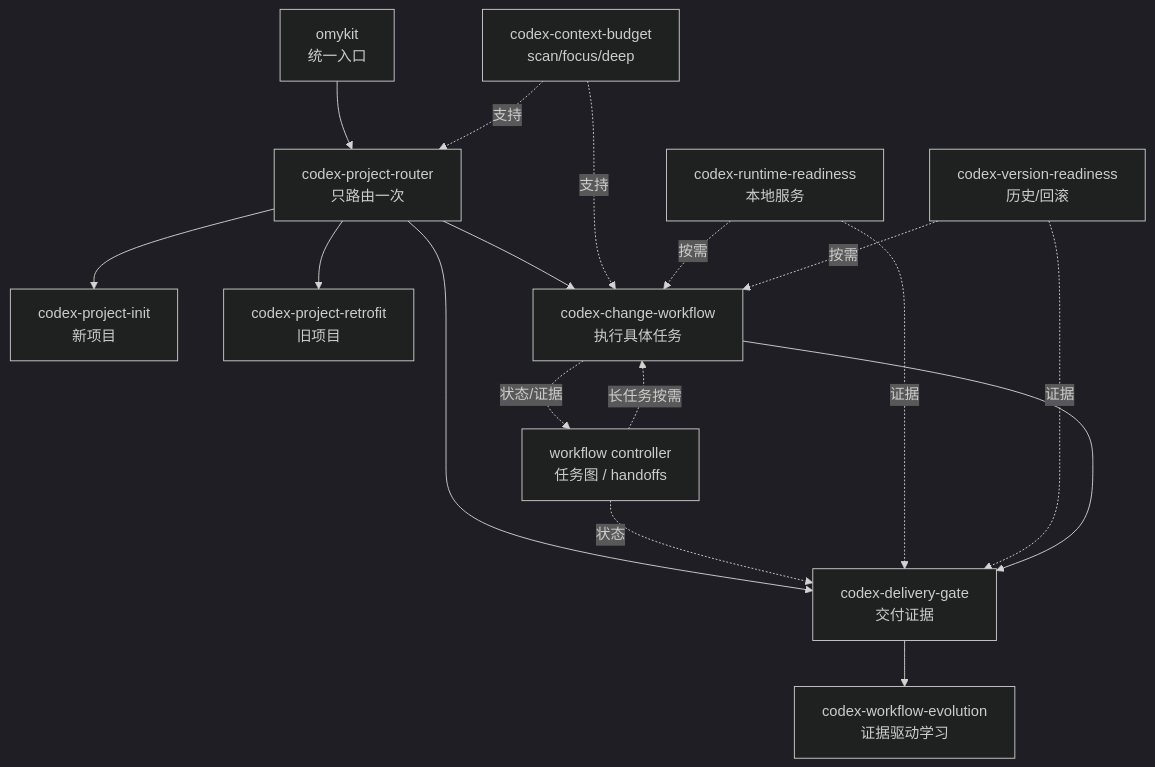
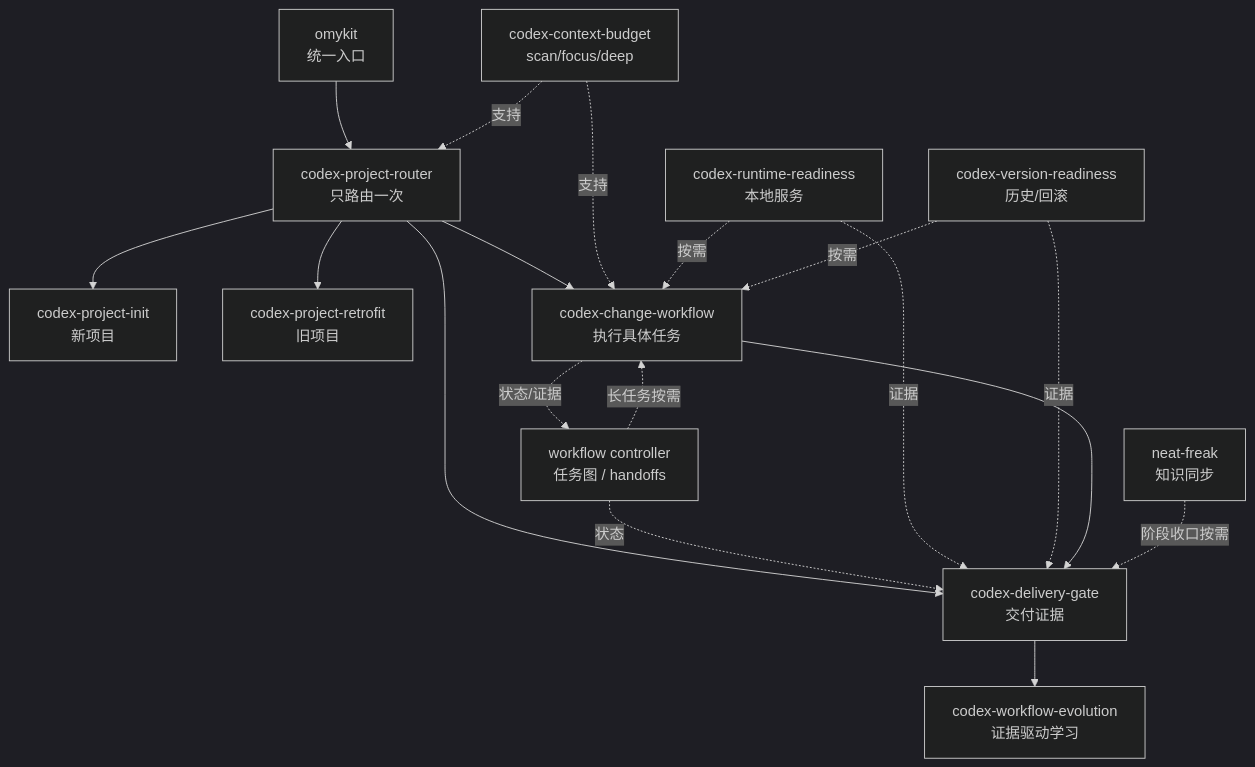
The diagram in docs/workflow/skill-coordination.zh-CN.md (GnosiST/omyKit), drawn with Mermaid (dark theme) before and after one commit. The commit also changed other lines of this file and 28 other files, not shown here.

````diff
--- a/docs/workflow/skill-coordination.zh-CN.md
+++ b/docs/workflow/skill-coordination.zh-CN.md
@@ -17,19 +17,20 @@
 ```mermaid
 flowchart TD
     O["omykit<br/>统一入口"] --> R["codex-project-router<br/>只路由一次"]
     R --> I["codex-project-init<br/>新项目"]
     R --> F["codex-project-retrofit<br/>旧项目"]
     R --> C["codex-change-workflow<br/>执行具体任务"]
     R --> D["codex-delivery-gate<br/>交付证据"]
     B["codex-context-budget<br/>scan/focus/deep"] -. 支持 .-> R
     B -. 支持 .-> C
     U["codex-runtime-readiness<br/>本地服务"] -. 按需 .-> C
     V["codex-version-readiness<br/>历史/回滚"] -. 按需 .-> C
     K["workflow controller<br/>任务图 / handoffs"] -. 长任务按需 .-> C
     C -. 状态/证据 .-> K
     K -. 状态 .-> D
     U -. 证据 .-> D
     V -. 证据 .-> D
     C --> D
+    N["neat-freak<br/>知识同步"] -. 阶段收口按需 .-> D
     D --> E["codex-workflow-evolution<br/>证据驱动学习"]
 ```
````
